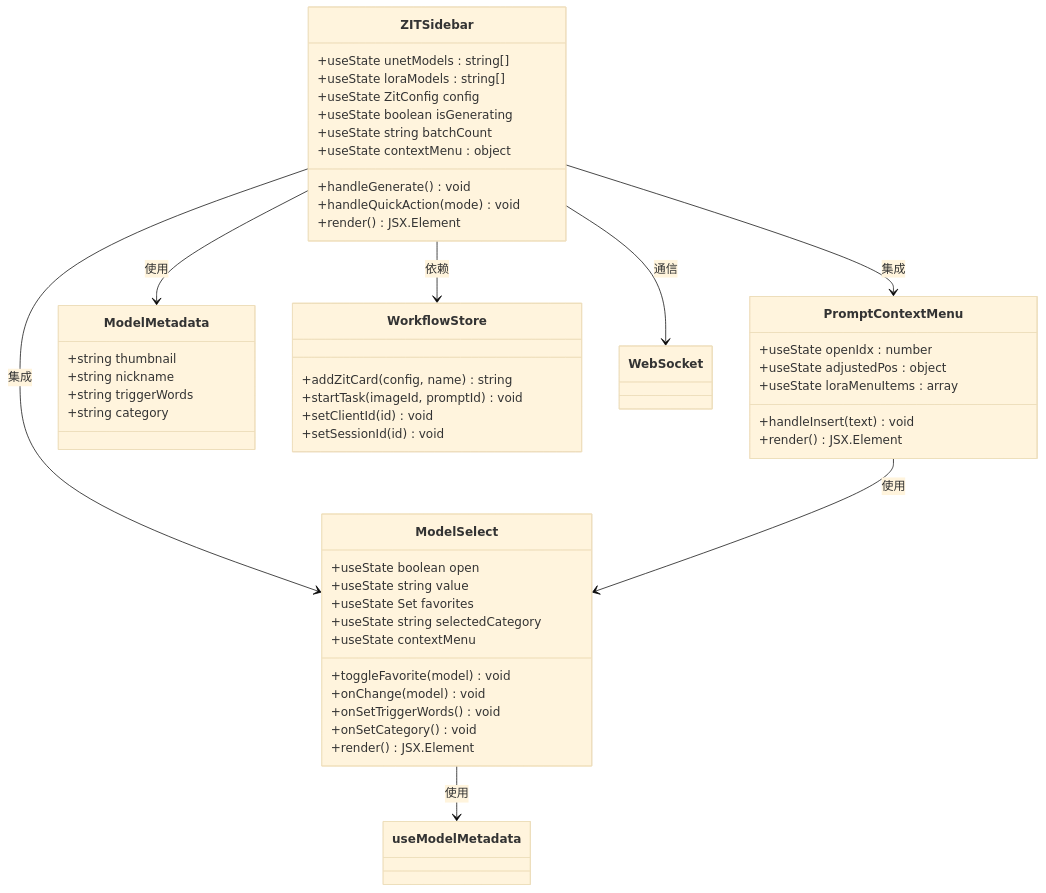
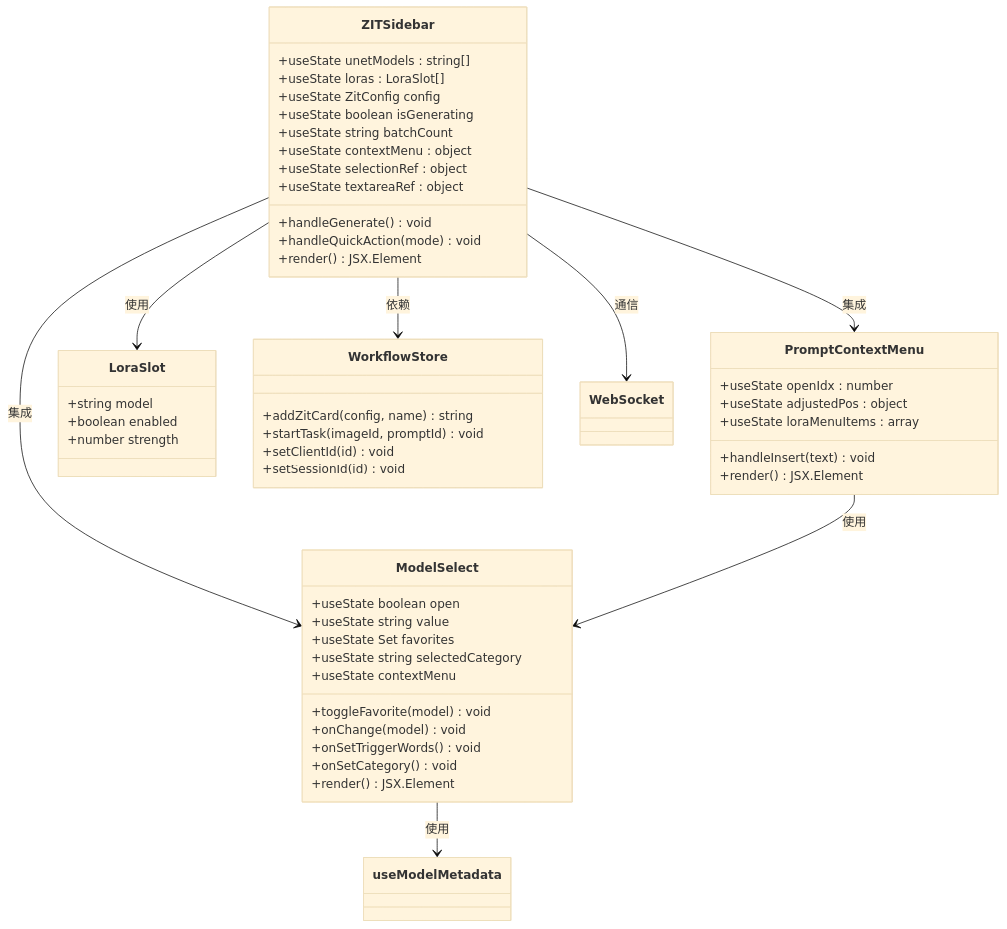
The third of 16 diagrams in .qoder/repowiki/zh/content/用户界面组件/控制面板组件/ZIT快出侧边栏.md (billye220670/CorineKit_Pix2Real), drawn with Mermaid (base theme) before and after one commit. The commit also changed other lines of this file and 49 other files, not shown here.

````diff
--- a/.qoder/repowiki/zh/content/用户界面组件/控制面板组件/ZIT快出侧边栏.md
+++ b/.qoder/repowiki/zh/content/用户界面组件/控制面板组件/ZIT快出侧边栏.md
@@ -225,52 +304,53 @@
 ```mermaid
 classDiagram
 class ZITSidebar {
 +useState unetModels : string[]
-+useState loraModels : string[]
++useState loras : LoraSlot[]
 +useState ZitConfig config
 +useState boolean isGenerating
 +useState string batchCount
 +useState contextMenu : object
++useState selectionRef : object
++useState textareaRef : object
 +handleGenerate() void
 +handleQuickAction(mode) void
 +render() JSX.Element
 }
 class PromptContextMenu {
 +useState openIdx : number
 +useState adjustedPos : object
 +useState loraMenuItems : array
 +handleInsert(text) void
 +render() JSX.Element
 }
 class ModelSelect {
 +useState boolean open
 +useState string value
 +useState Set favorites
 +useState string selectedCategory
 +useState contextMenu
 +toggleFavorite(model) void
 +onChange(model) void
 +onSetTriggerWords() void
 +onSetCategory() void
 +render() JSX.Element
 }
-class ModelMetadata {
-+string thumbnail
-+string nickname
-+string triggerWords
-+string category
+class LoraSlot {
++string model
++boolean enabled
++number strength
 }
 class WorkflowStore {
 +addZitCard(config, name) string
 +startTask(imageId, promptId) void
 +setClientId(id) void
 +setSessionId(id) void
 }
 ZITSidebar --> PromptContextMenu : 集成
 ZITSidebar --> ModelSelect : 集成
-ZITSidebar --> ModelMetadata : 使用
+ZITSidebar --> LoraSlot : 使用
 ZITSidebar --> WorkflowStore : 依赖
 ZITSidebar --> WebSocket : 通信
 PromptContextMenu --> ModelSelect : 使用
 ModelSelect --> useModelMetadata : 使用
 ```
````
